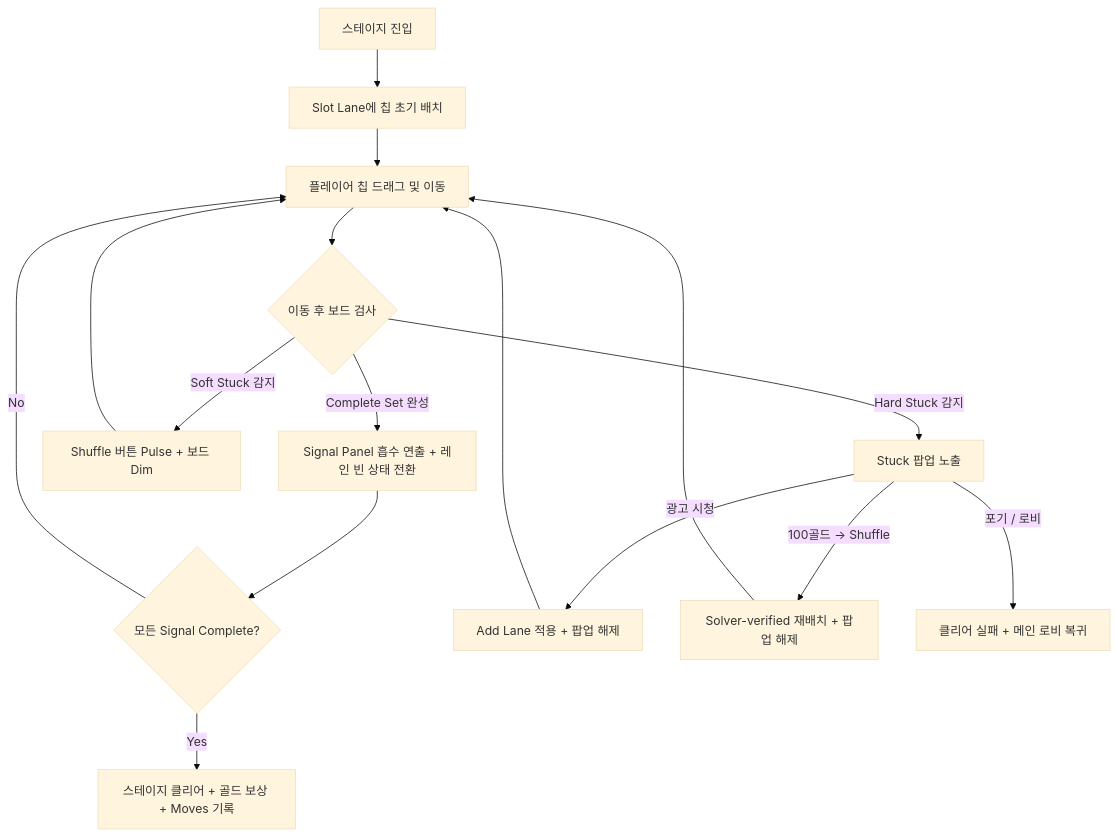
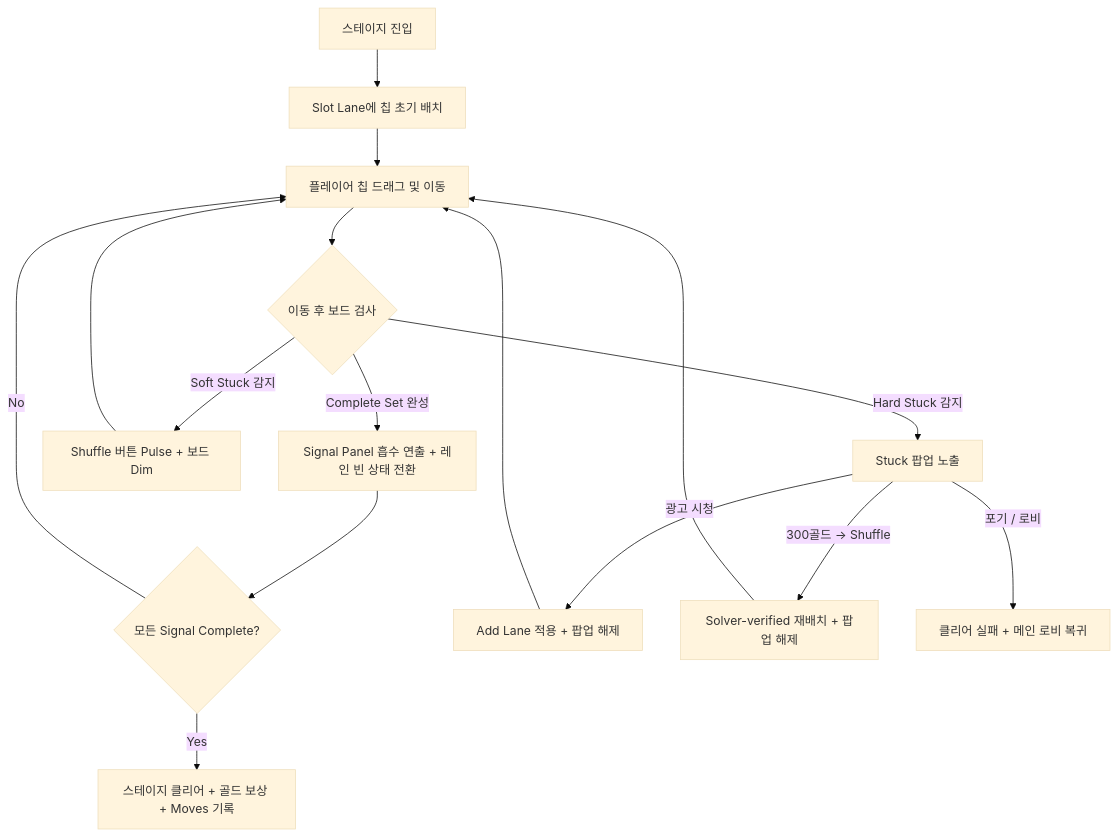
The diagram in docs/design/signal_sort_system_design_kr.md (madalang-games/project-fill), drawn with Mermaid (base theme) before and after one commit. The commit also changed other lines of this file and 7 other files, not shown here.

````diff
--- a/docs/design/signal_sort_system_design_kr.md
+++ b/docs/design/signal_sort_system_design_kr.md
@@ -125,21 +125,21 @@
 ```mermaid
 graph TD
     A[스테이지 진입] --> B[Slot Lane에 칩 초기 배치]
     B --> C[플레이어 칩 드래그 및 이동]
     C --> D{이동 후 보드 검사}
 
     D -->|Complete Set 완성| E[Signal Panel 흡수 연출 + 레인 빈 상태 전환]
     E --> F{모든 Signal Complete?}
     F -->|Yes| G[스테이지 클리어 + 골드 보상 + Moves 기록]
     F -->|No| C
 
     D -->|Soft Stuck 감지| H[Shuffle 버튼 Pulse + 보드 Dim]
     H --> C
 
     D -->|Hard Stuck 감지| I[Stuck 팝업 노출]
     I -->|광고 시청| J[Add Lane 적용 + 팝업 해제]
-    I -->|100골드 → Shuffle| K[Solver-verified 재배치 + 팝업 해제]
+    I -->|300골드 → Shuffle| K[Solver-verified 재배치 + 팝업 해제]
     J --> C
     K --> C
     I -->|포기 / 로비| L[클리어 실패 + 메인 로비 복귀]
 ```
````
